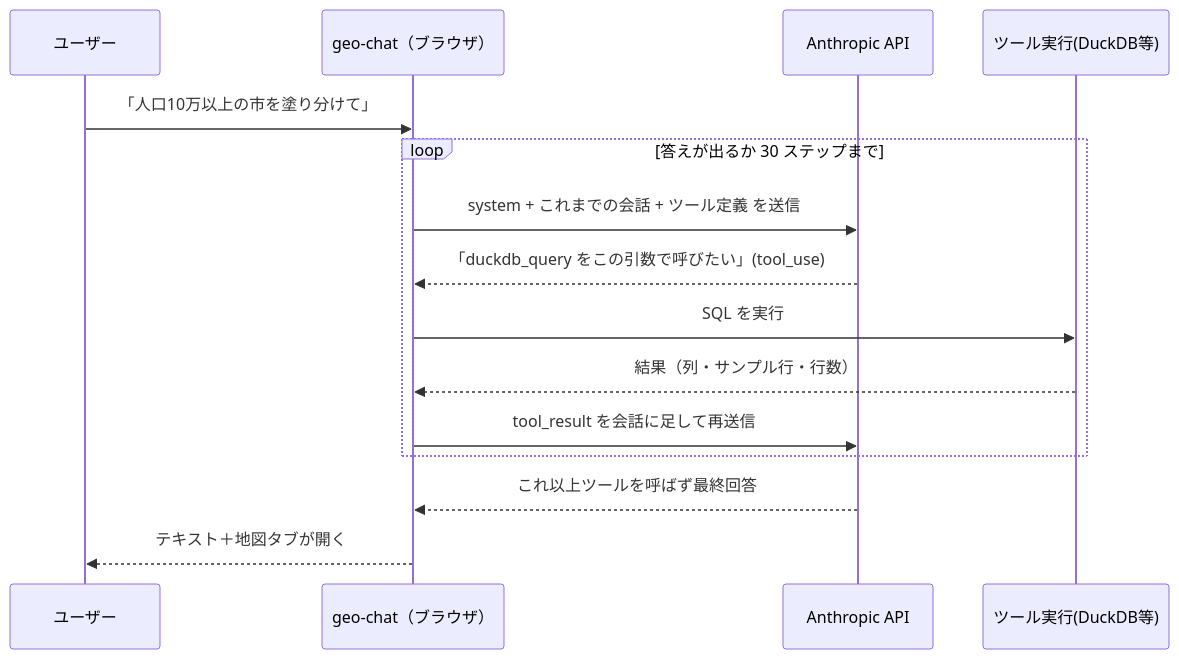
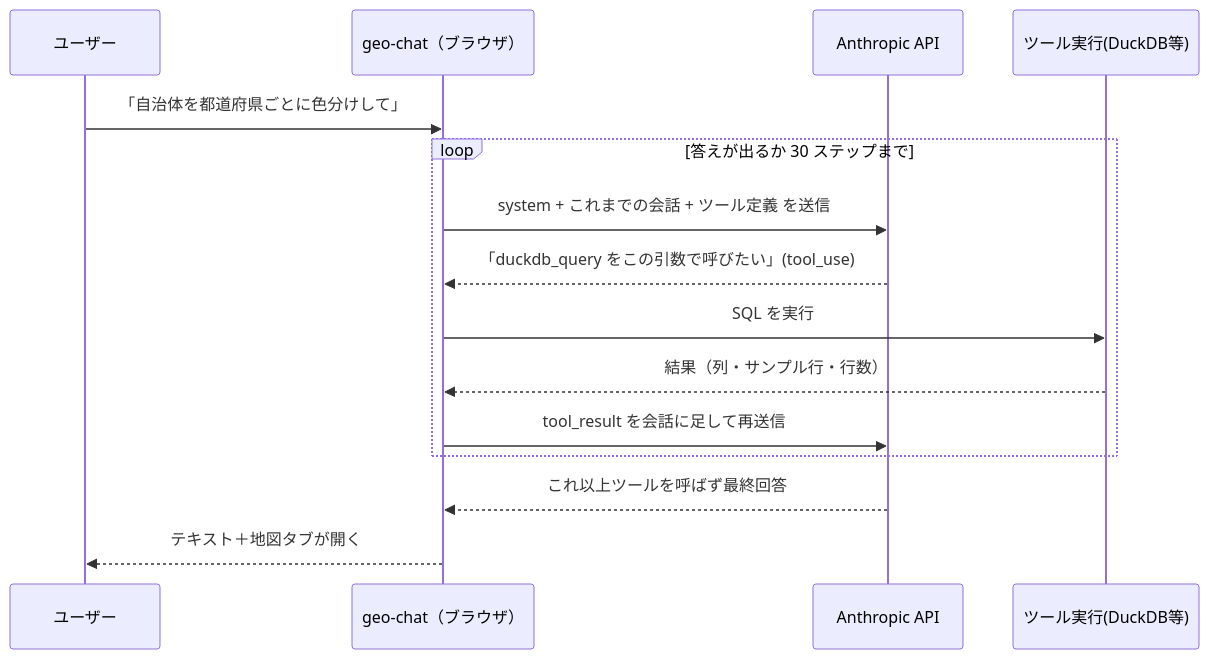
One commit to eukarya-inc/geo-chat changed the diagram in docs/ja/03-agent-loop.md. Above: the diagram before and after it, drawn with Mermaid. The commit also changed other lines of this file and 15 other files, not shown here.

````diff
--- a/docs/ja/03-agent-loop.md
+++ b/docs/ja/03-agent-loop.md
@@ -11,18 +11,18 @@
 ```mermaid
 sequenceDiagram
     participant U as ユーザー
     participant App as geo-chat（ブラウザ）
     participant API as Anthropic API
     participant Tool as ツール実行(DuckDB等)
 
-    U->>App: 「人口10万以上の市を塗り分けて」
+    U->>App: 「自治体を都道府県ごとに色分けして」
     loop 答えが出るか 30 ステップまで
         App->>API: system + これまでの会話 + ツール定義 を送信
         API-->>App: 「duckdb_query をこの引数で呼びたい」(tool_use)
         App->>Tool: SQL を実行
         Tool-->>App: 結果（列・サンプル行・行数）
         App->>API: tool_result を会話に足して再送信
     end
     API-->>App: これ以上ツールを呼ばず最終回答
     App-->>U: テキスト＋地図タブが開く
 ```
````
